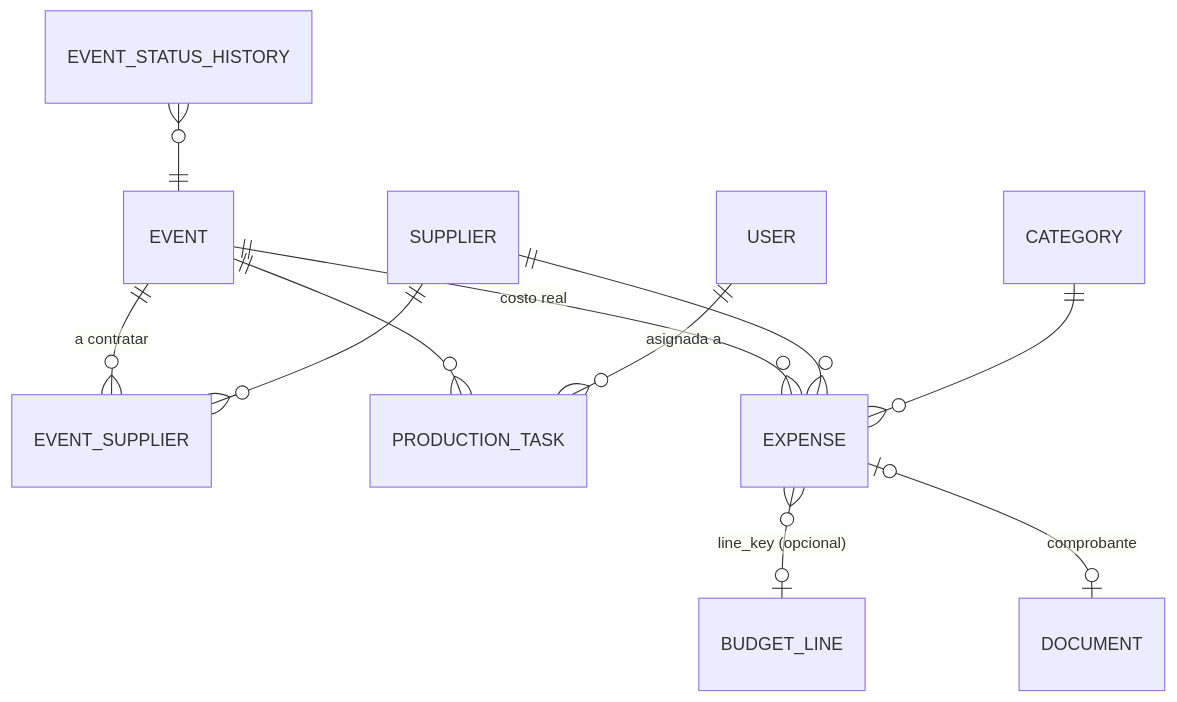
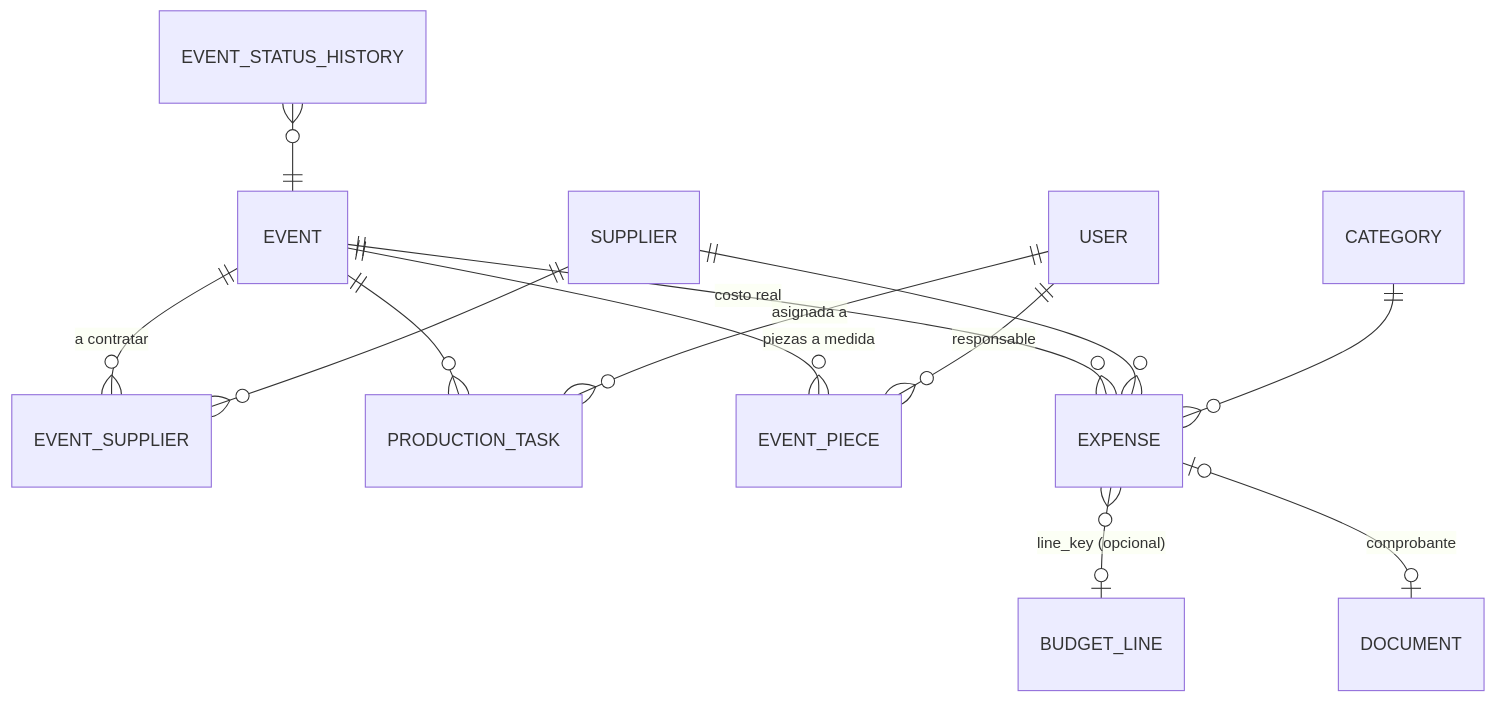
Before and after one commit to julietaarrazate/turnos-whatsapp: the seventh of 7 diagrams in docs/product/DOMAIN_MODEL.md, drawn with Mermaid. The commit also changed other lines of this file and 14 other files, not shown here.

````diff
--- a/docs/product/DOMAIN_MODEL.md
+++ b/docs/product/DOMAIN_MODEL.md
@@ -274,13 +276,15 @@
 ```mermaid
 erDiagram
     EVENT ||--o{ EVENT_SUPPLIER : "a contratar"
     SUPPLIER ||--o{ EVENT_SUPPLIER : ""
     EVENT ||--o{ PRODUCTION_TASK : ""
+    EVENT ||--o{ EVENT_PIECE : "piezas a medida"
+    USER ||--o{ EVENT_PIECE : "responsable"
     USER ||--o{ PRODUCTION_TASK : "asignada a"
     EVENT ||--o{ EXPENSE : "costo real"
     SUPPLIER ||--o{ EXPENSE : ""
     CATEGORY ||--o{ EXPENSE : ""
     EXPENSE }o--o| BUDGET_LINE : "line_key (opcional)"
     EXPENSE |o--o| DOCUMENT : "comprobante"
     EVENT_STATUS_HISTORY }o--|| EVENT : ""
 ```
````
